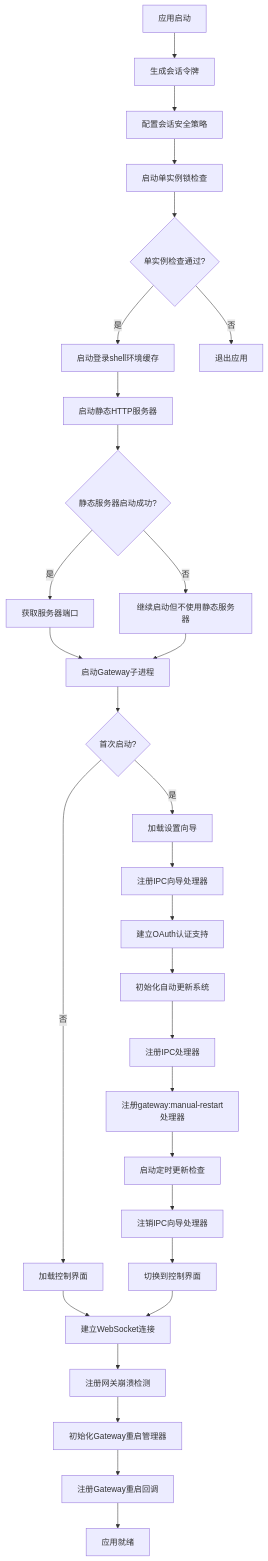
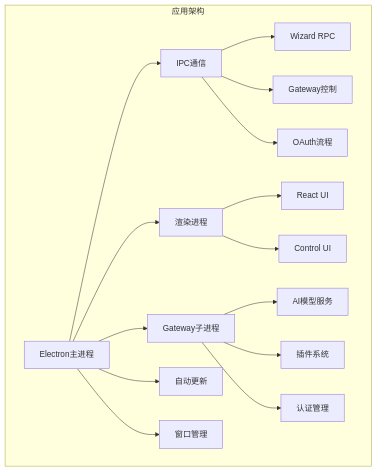
Before and after one commit to verse-ai-org/openclaw: the second of 8 diagrams in .qoder/repowiki/zh/content/核心概念/Electron应用增强.md, drawn with Mermaid. The commit also changed other lines of this file and 12 other files, not shown here.

````diff
--- a/.qoder/repowiki/zh/content/核心概念/Electron应用增强.md
+++ b/.qoder/repowiki/zh/content/核心概念/Electron应用增强.md
@@ -780,32 +93,18 @@
 ```mermaid
-flowchart TD
-A[应用启动] --> B[生成会话令牌]
-B --> C[配置会话安全策略]
-C --> D[启动单实例锁检查]
-D --> E{单实例检查通过?}
-E --> |是| F[启动登录shell环境缓存]
-E --> |否| G[退出应用]
-F --> H[启动静态HTTP服务器]
-H --> I{静态服务器启动成功?}
-I --> |是| J[获取服务器端口]
-I --> |否| K[继续启动但不使用静态服务器]
-J --> L[启动Gateway子进程]
-K --> L
-L --> M{首次启动?}
-M --> |是| N[加载设置向导]
-M --> |否| O[加载控制界面]
-N --> P[注册IPC向导处理器]
-P --> Q[建立OAuth认证支持]
-Q --> R[初始化自动更新系统]
-R --> S[注册IPC处理器]
-S --> T[注册gateway:manual-restart处理器]
-T --> U[启动定时更新检查]
-U --> V[注销IPC向导处理器]
-V --> W[切换到控制界面]
-O --> X[建立WebSocket连接]
-W --> X
-X --> Y[注册网关崩溃检测]
-Y --> Z[初始化Gateway重启管理器]
-Z --> AA[注册Gateway重启回调]
-AA --> BB[应用就绪]
+graph TB
+subgraph "应用架构"
+A[Electron主进程] --> B[渲染进程]
+A --> C[Gateway子进程]
+A --> D[IPC通信]
+D --> E[Wizard RPC]
+D --> F[Gateway控制]
+D --> G[OAuth流程]
+A --> H[自动更新]
+A --> I[窗口管理]
+B --> J[React UI]
+B --> K[Control UI]
+C --> L[AI模型服务]
+C --> M[插件系统]
+C --> N[认证管理]
+end
 ```
````
